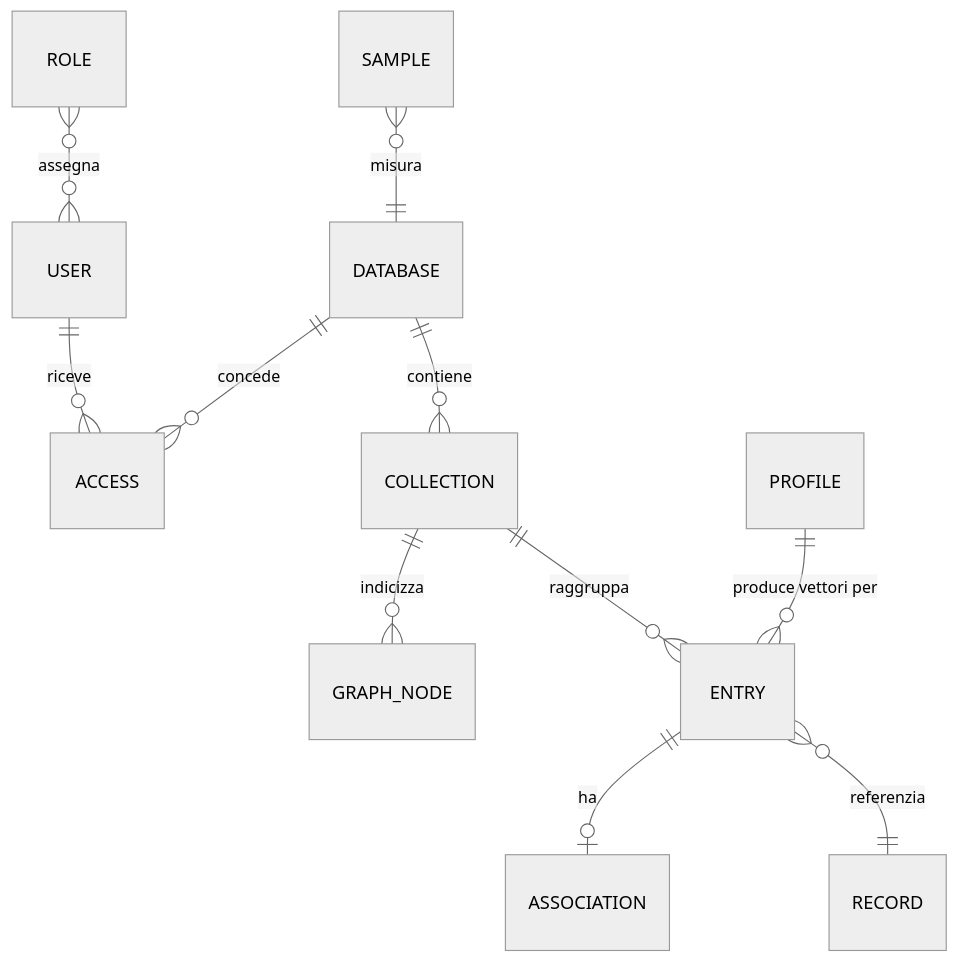
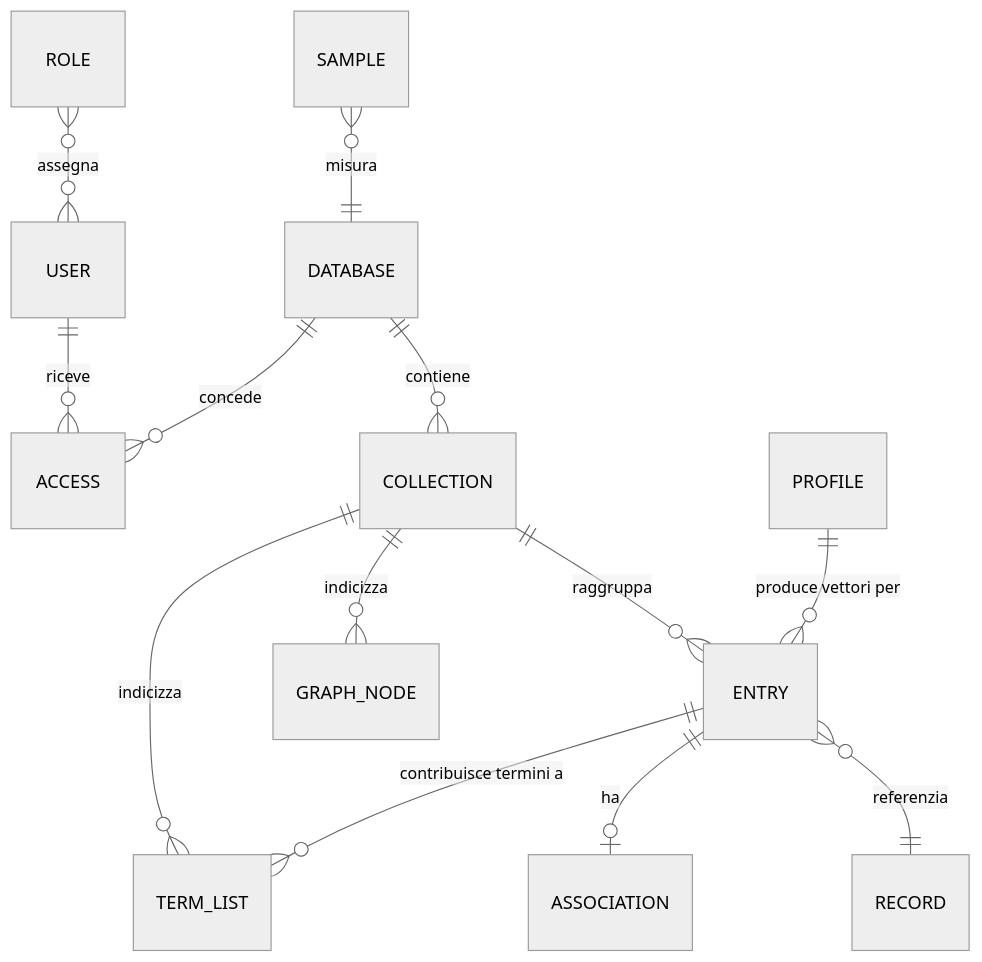
The tenth of 13 diagrams in analisys/docs/architecture/diagrams.md (ppossanzini/Jigen), drawn with Mermaid (neutral theme) before and after one commit. The commit also changed other lines of this file and 73 other files, not shown here.

````diff
--- a/analisys/docs/architecture/diagrams.md
+++ b/analisys/docs/architecture/diagrams.md
@@ -237,13 +237,15 @@
 ```mermaid
 erDiagram
   DATABASE ||--o{ COLLECTION : "contiene"
   COLLECTION ||--o{ ENTRY : "raggruppa"
   ENTRY }o--|| RECORD : "referenzia"
   ENTRY ||--o| ASSOCIATION : "ha"
+  ENTRY ||--o{ TERM_LIST : "contribuisce termini a"
   COLLECTION ||--o{ GRAPH_NODE : "indicizza"
+  COLLECTION ||--o{ TERM_LIST : "indicizza"
   USER ||--o{ ACCESS : "riceve"
   ROLE }o--o{ USER : "assegna"
   DATABASE ||--o{ ACCESS : "concede"
   PROFILE ||--o{ ENTRY : "produce vettori per"
   SAMPLE }o--|| DATABASE : "misura"
 ```
````
